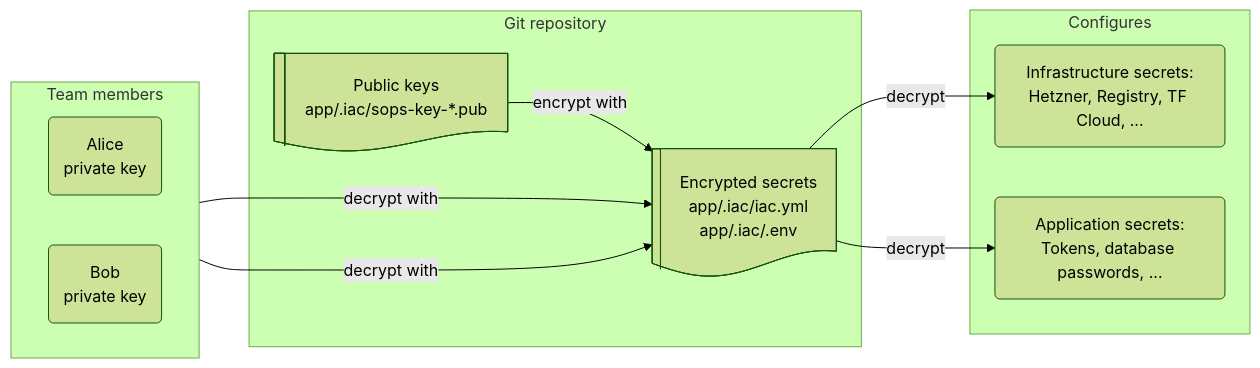
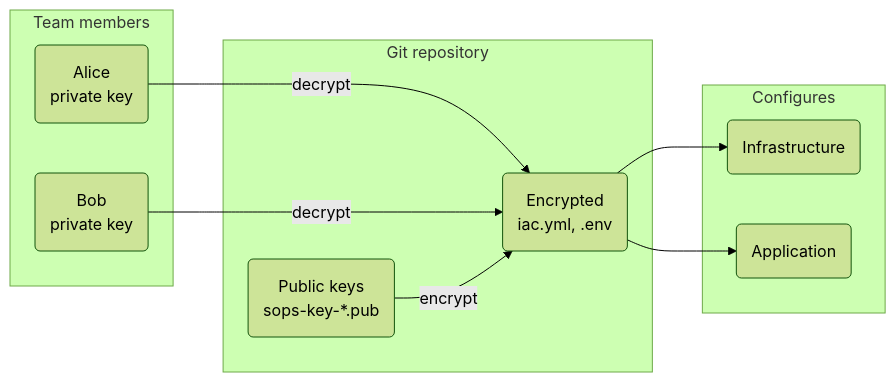
One commit to rednaw/iac changed the diagram in docs/secrets.md. Above: the diagram before and after it, drawn with Mermaid (forest theme). The commit also changed other lines of this file and 13 other files, not shown here.

````diff
--- a/docs/secrets.md
+++ b/docs/secrets.md
@@ -7,24 +7,20 @@
 ```mermaid
 flowchart LR
     subgraph TEAM["Team members"]
-        direction LR
         T1(Alice<br/>private key)
         T2(Bob<br/>private key)
     end
-
     subgraph GIT["Git repository"]
-        S@{ shape: lin-doc, label: "Encrypted secrets<br/>app/.iac/iac.yml<br/>app/.iac/.env" }
-        P@{ shape: lin-doc, label: "Public keys<br/>app/.iac/sops-key-*.pub" }
+        S(Encrypted<br/>iac.yml, .env)
+        P(Public keys<br/>sops-key-*.pub)
     end
-
     subgraph USE["Configures"]
-        D(Infrastructure secrets:<br/>Hetzner, Registry, TF Cloud, ...)
-        A(Application secrets:<br/>Tokens, database passwords, ...)
+        D(Infrastructure)
+        A(Application)
     end
-
-    T1 --->|decrypt with| S
-    T2 -->|decrypt with| S
-    S -->|decrypt| D
-    S -->|decrypt| A
-    P -->|encrypt with| S
+    T1 --->|decrypt| S
+    T2 -->|decrypt| S
+    S --> D
+    S --> A
+    P -->|encrypt| S
 ```
````
